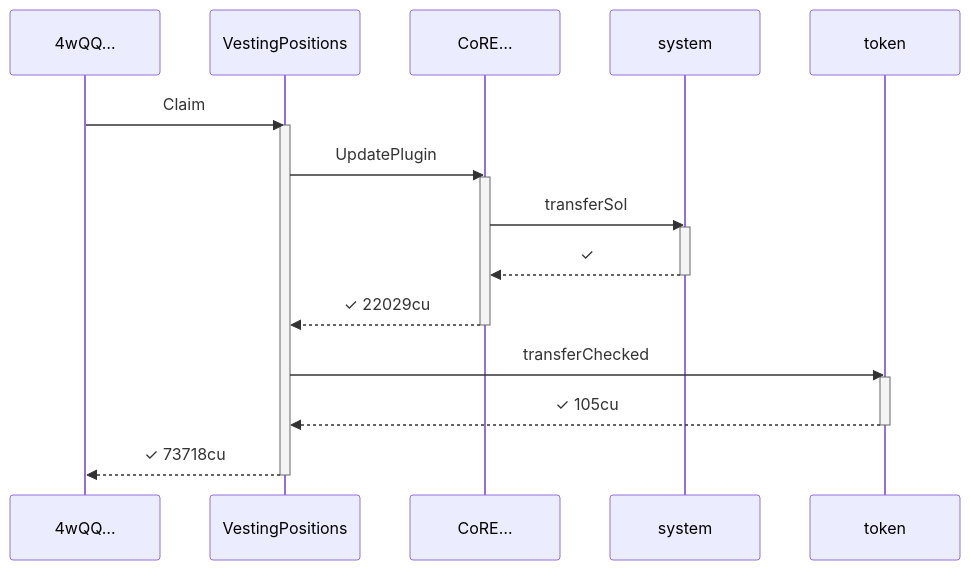
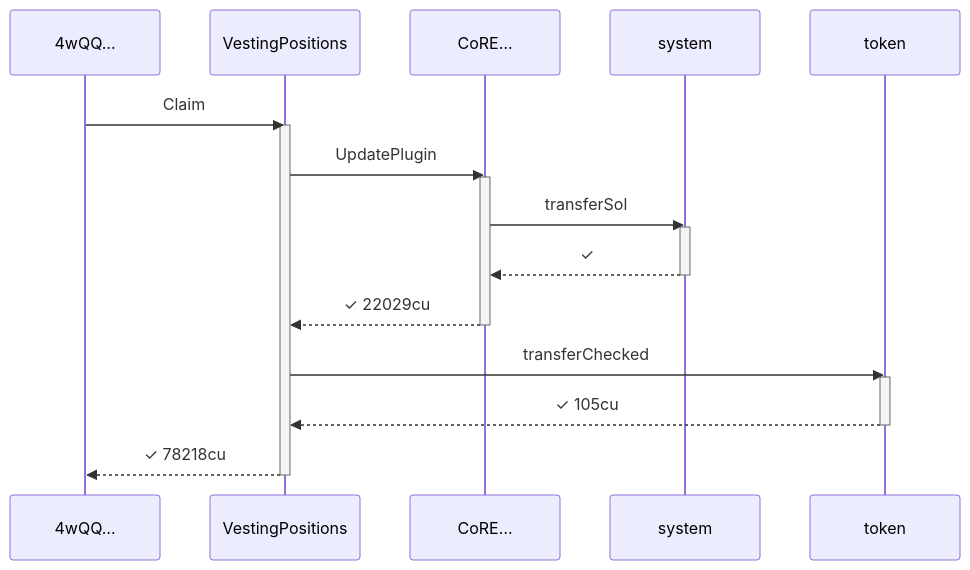
One commit to cds-turbin3/vesting-position changed the tenth of 12 diagrams in babelfish-tests/test-report/final_claim_succeeds_after_collection_unfreeze_toggle.md. Above: the diagram before and after it, drawn with Mermaid. The commit also changed other lines of this file and 106 other files, not shown here.

````diff
--- a/babelfish-tests/test-report/final_claim_succeeds_after_collection_unfreeze_toggle.md
+++ b/babelfish-tests/test-report/final_claim_succeeds_after_collection_unfreeze_toggle.md
@@ -441,24 +455,24 @@
 ```mermaid
 sequenceDiagram
     participant p0 as 4wQQ…
     participant p1 as VestingPositions
     participant p2 as CoRE…
     participant p3 as system
     participant p4 as token
     p0->>p1: Claim
     activate p1
     p1->>p2: UpdatePlugin
     activate p2
     p2->>p3: transferSol
     activate p3
     p3-->>p2: ✓
     deactivate p3
     p2-->>p1: ✓ 22029cu
     deactivate p2
     p1->>p4: transferChecked
     activate p4
     p4-->>p1: ✓ 105cu
     deactivate p4
-    p1-->>p0: ✓ 73718cu
+    p1-->>p0: ✓ 78218cu
     deactivate p1
 ```
````
